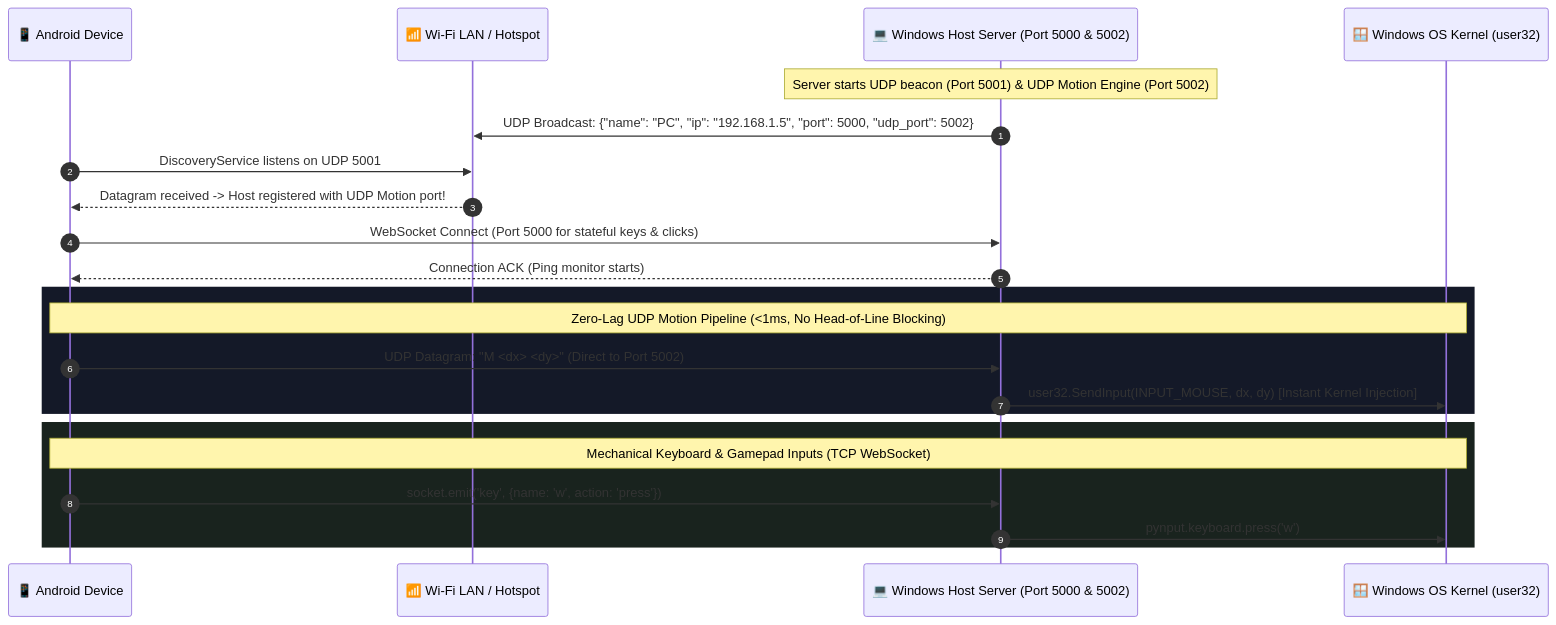
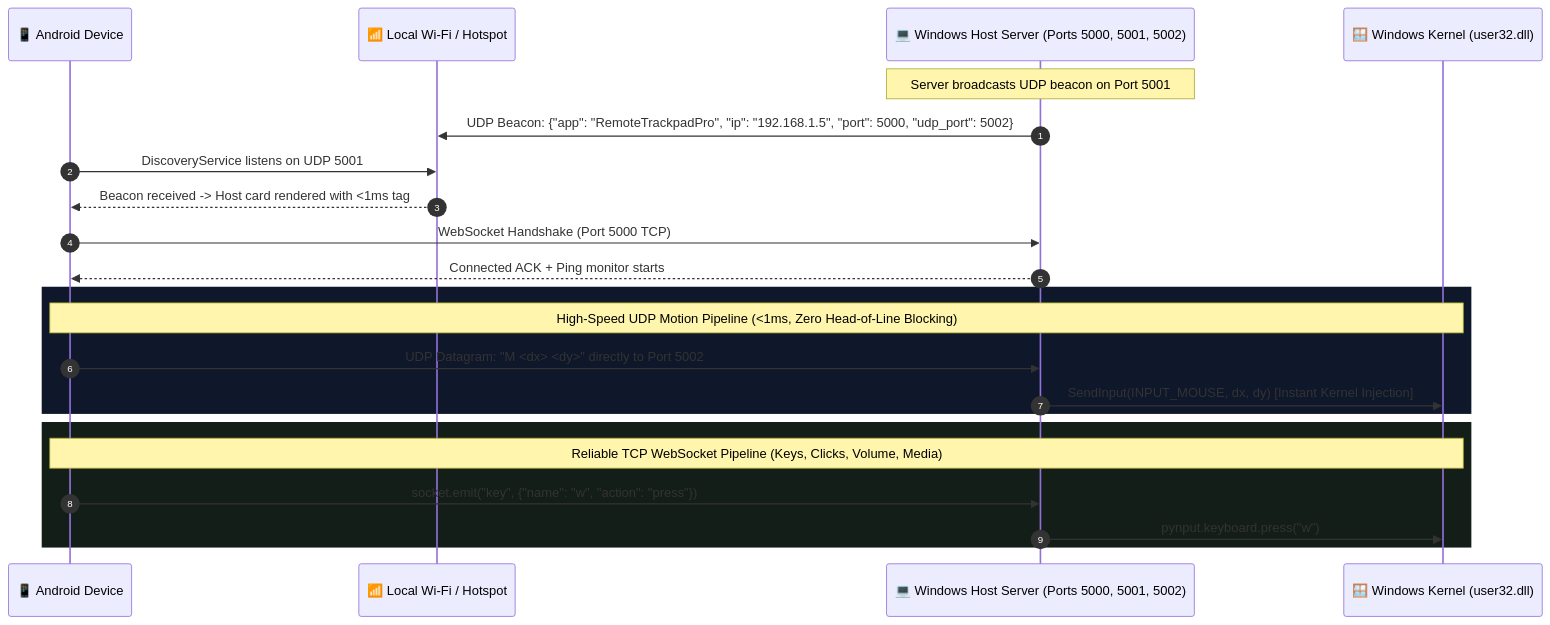
Before and after one commit to AgrShubham/Remote-trackpad-app: the diagram in README.md, drawn with Mermaid. The commit also changed other lines of this file and 19 other files, not shown here.

Commit message:
docs: overhaul README with industry-level visual showcase, architecture diagrams, and renamed mobile screenshots

````diff
--- a/README.md
+++ b/README.md
@@ -216,28 +274,28 @@
 ```mermaid
 sequenceDiagram
     autonumber
     participant Phone as 📱 Android Device
-    participant LAN as 📶 Wi-Fi LAN / Hotspot
-    participant Server as 💻 Windows Host Server (Port 5000 & 5002)
-    participant OS as 🪟 Windows OS Kernel (user32)
+    participant LAN as 📶 Local Wi-Fi / Hotspot
+    participant Server as 💻 Windows Host Server (Ports 5000, 5001, 5002)
+    participant Kernel as 🪟 Windows Kernel (user32.dll)
 
-    Note over Server: Server starts UDP beacon (Port 5001) & UDP Motion Engine (Port 5002)
-    Server->>LAN: UDP Broadcast: {"name": "PC", "ip": "192.168.1.5", "port": 5000, "udp_port": 5002}
+    Note over Server: Server broadcasts UDP beacon on Port 5001
+    Server->>LAN: UDP Beacon: {"app": "RemoteTrackpadPro", "ip": "192.168.1.5", "port": 5000, "udp_port": 5002}
     Phone->>LAN: DiscoveryService listens on UDP 5001
-    LAN-->>Phone: Datagram received -> Host registered with UDP Motion port!
-    
-    Phone->>Server: WebSocket Connect (Port 5000 for stateful keys & clicks)
-    Server-->>Phone: Connection ACK (Ping monitor starts)
-    
-    rect rgb(20, 25, 40)
-        Note over Phone, OS: Zero-Lag UDP Motion Pipeline (<1ms, No Head-of-Line Blocking)
-        Phone->>Server: UDP Datagram: "M <dx> <dy>" (Direct to Port 5002)
-        Server->>OS: user32.SendInput(INPUT_MOUSE, dx, dy) [Instant Kernel Injection]
+    LAN-->>Phone: Beacon received -> Host card rendered with <1ms tag
+
+    Phone->>Server: WebSocket Handshake (Port 5000 TCP)
+    Server-->>Phone: Connected ACK + Ping monitor starts
+
+    rect rgb(15, 23, 42)
+        Note over Phone, Kernel: High-Speed UDP Motion Pipeline (<1ms, Zero Head-of-Line Blocking)
+        Phone->>Server: UDP Datagram: "M <dx> <dy>" directly to Port 5002
+        Server->>Kernel: SendInput(INPUT_MOUSE, dx, dy) [Instant Kernel Injection]
     end
 
-    rect rgb(25, 35, 30)
-        Note over Phone, OS: Mechanical Keyboard & Gamepad Inputs (TCP WebSocket)
-        Phone->>Server: socket.emit('key', {name: 'w', action: 'press'})
-        Server->>OS: pynput.keyboard.press('w')
+    rect rgb(20, 30, 25)
+        Note over Phone, Kernel: Reliable TCP WebSocket Pipeline (Keys, Clicks, Volume, Media)
+        Phone->>Server: socket.emit("key", {"name": "w", "action": "press"})
+        Server->>Kernel: pynput.keyboard.press("w")
     end
 ```
````
